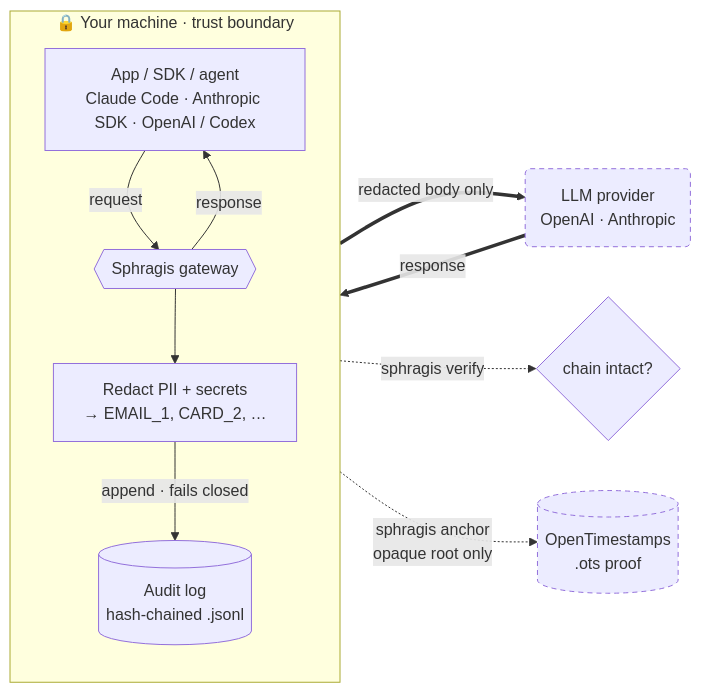
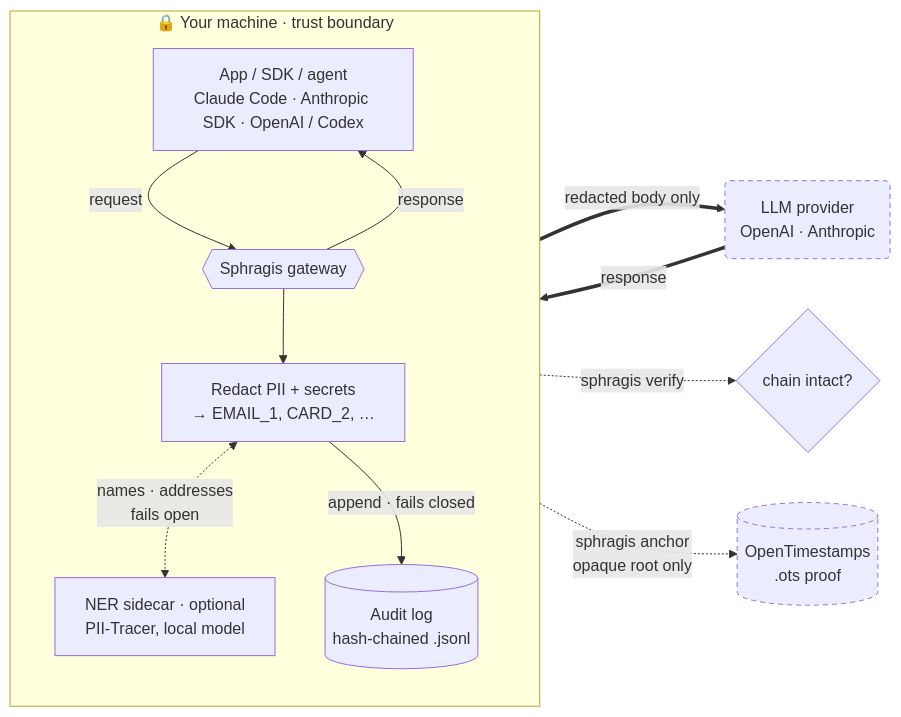
One commit to sphragis-oss/sphragis changed the diagram in README.md. Above: the diagram before and after it, drawn with Mermaid. The commit also changed other lines of this file, not shown here.

First line of the commit message:
docs: document the PII-Tracer NER service in the README (#31)

````diff
--- a/README.md
+++ b/README.md
@@ -52,23 +53,25 @@
 ```mermaid
 flowchart LR
     subgraph trust["🔒 Your machine · trust boundary"]
         direction TB
         A["App / SDK / agent<br/>Claude Code · Anthropic SDK · OpenAI / Codex"]
         G{{"Sphragis gateway"}}
         R["Redact PII + secrets<br/>→ EMAIL_1, CARD_2, …"]
+        N["NER sidecar · optional<br/>PII-Tracer, local model"]
         L[("Audit log<br/>hash-chained .jsonl")]
         A -->|request| G
         G --> R
+        R <-.->|"names · addresses<br/>fails open"| N
         R -->|"append · fails closed"| L
         G -->|response| A
     end
 
     R ==>|"redacted body only"| P("LLM provider<br/>OpenAI · Anthropic")
     P ==>|response| G
 
     L -.->|"sphragis verify"| V{"chain intact?"}
     L -.->|"sphragis anchor<br/>opaque root only"| O[("OpenTimestamps<br/>.ots proof")]
 
     classDef ext stroke-dasharray:5 4;
     class P,O ext;
 ```
````
